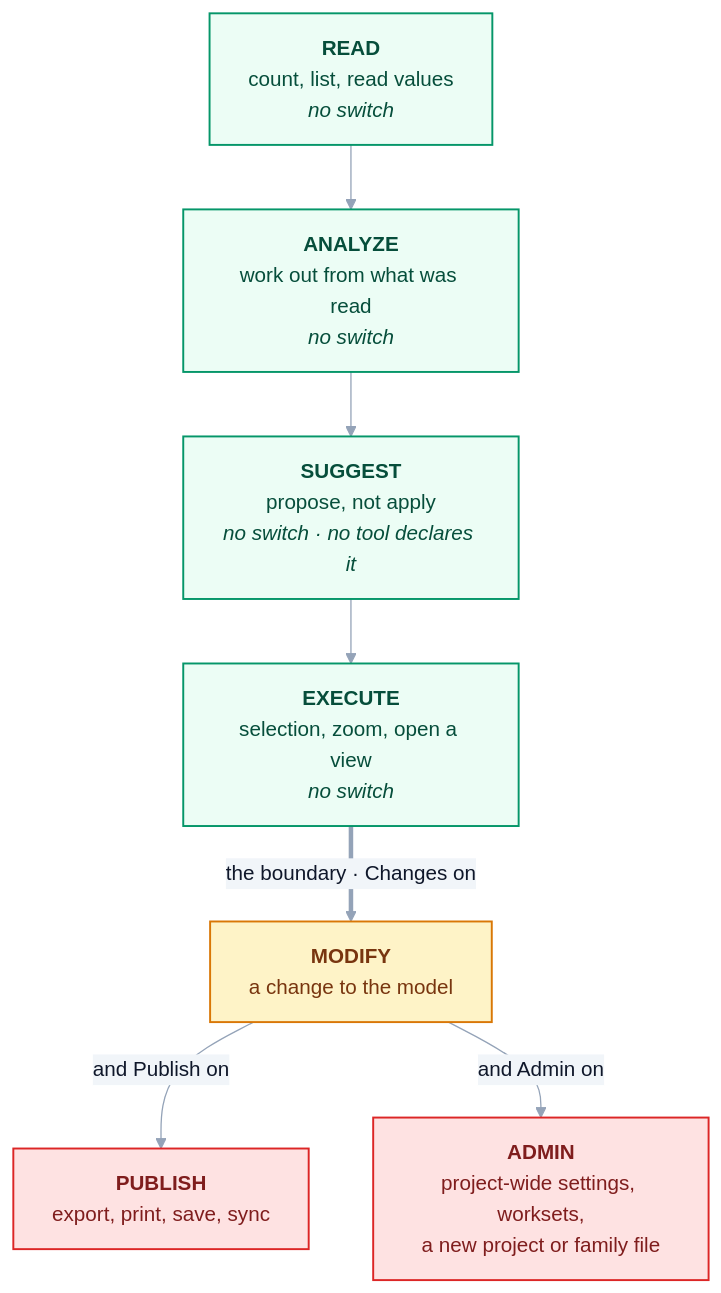
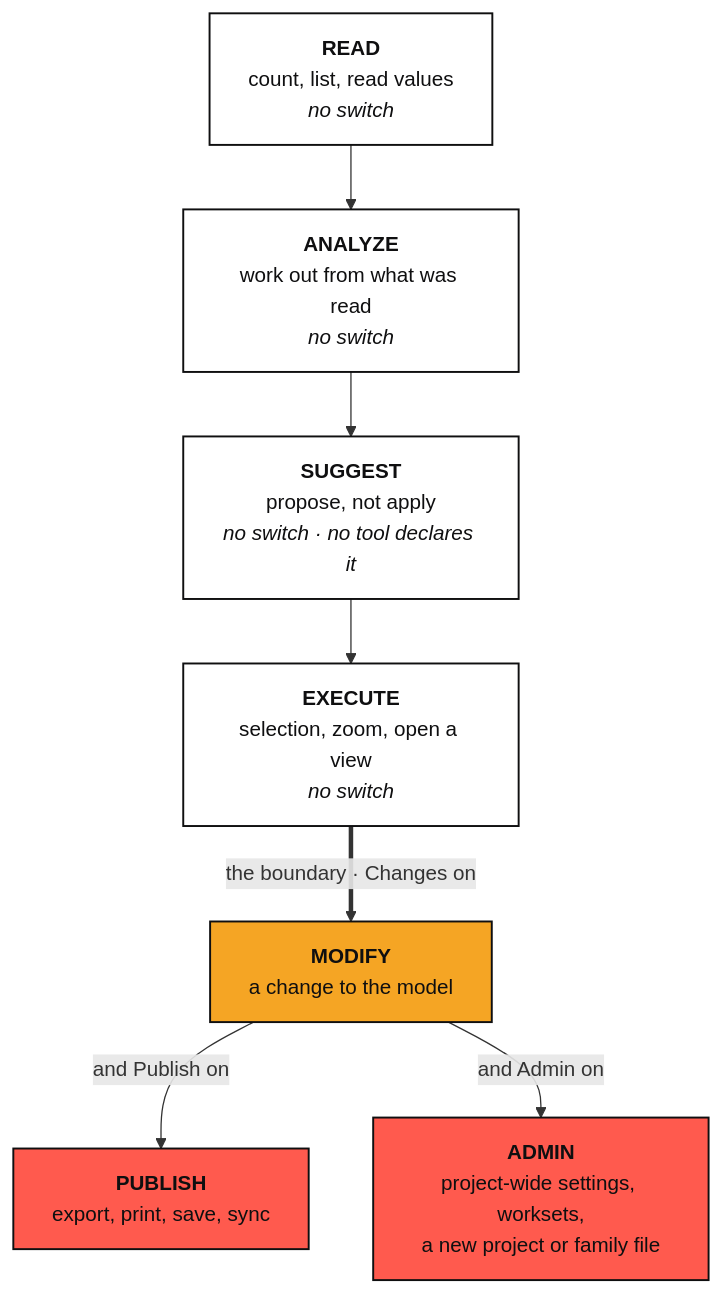
The first of 2 diagrams in docs/12-security-and-permissions.md (Ajmalpshaik/Heron-AI), drawn with Mermaid before and after one commit. The commit also changed other lines of this file and 44 other files, not shown here.

First line of the commit message:
Diagrams in the other docs move to the brand palette (D-149, #1116)

````diff
--- a/docs/12-security-and-permissions.md
+++ b/docs/12-security-and-permissions.md
@@ -69,23 +69,22 @@
 ```mermaid
-%%{init: {"themeVariables": {"edgeLabelBackground":"#F1F5F9","lineColor":"#94A3B8","textColor":"#0F172A","tertiaryTextColor":"#0F172A"}}}%%
 flowchart TD
     R["<b>READ</b><br/>count, list, read values<br/><i>no switch</i>"]
     A["<b>ANALYZE</b><br/>work out from what was read<br/><i>no switch</i>"]
     S["<b>SUGGEST</b><br/>propose, not apply<br/><i>no switch · no tool declares it</i>"]
     E["<b>EXECUTE</b><br/>selection, zoom, open a view<br/><i>no switch</i>"]
     M["<b>MODIFY</b><br/>a change to the model"]
     P["<b>PUBLISH</b><br/>export, print, save, sync"]
     AD["<b>ADMIN</b><br/>project-wide settings, worksets,<br/>a new project or family file"]
 
     R --> A --> S --> E
     E ==>|"the boundary · Changes on"| M
     M -->|"and Publish on"| P
     M -->|"and Admin on"| AD
 
-    classDef brain fill:#ECFDF5,stroke:#059669,stroke-width:1.5px,color:#064E3B
-    classDef addin fill:#FEF3C7,stroke:#D97706,stroke-width:1.5px,color:#78350F
-    classDef revit fill:#FEE2E2,stroke:#DC2626,stroke-width:1.5px,color:#7F1D1D
+    classDef brain fill:#FFFFFF,stroke:#0F0F10,stroke-width:1.5px,color:#0F0F10
+    classDef addin fill:#F5A524,stroke:#0F0F10,stroke-width:1.5px,color:#0F0F10
+    classDef revit fill:#FF5A4E,stroke:#0F0F10,stroke-width:1.5px,color:#0F0F10
     class R,A,S,E brain
     class M addin
     class P,AD revit
 ```
````
